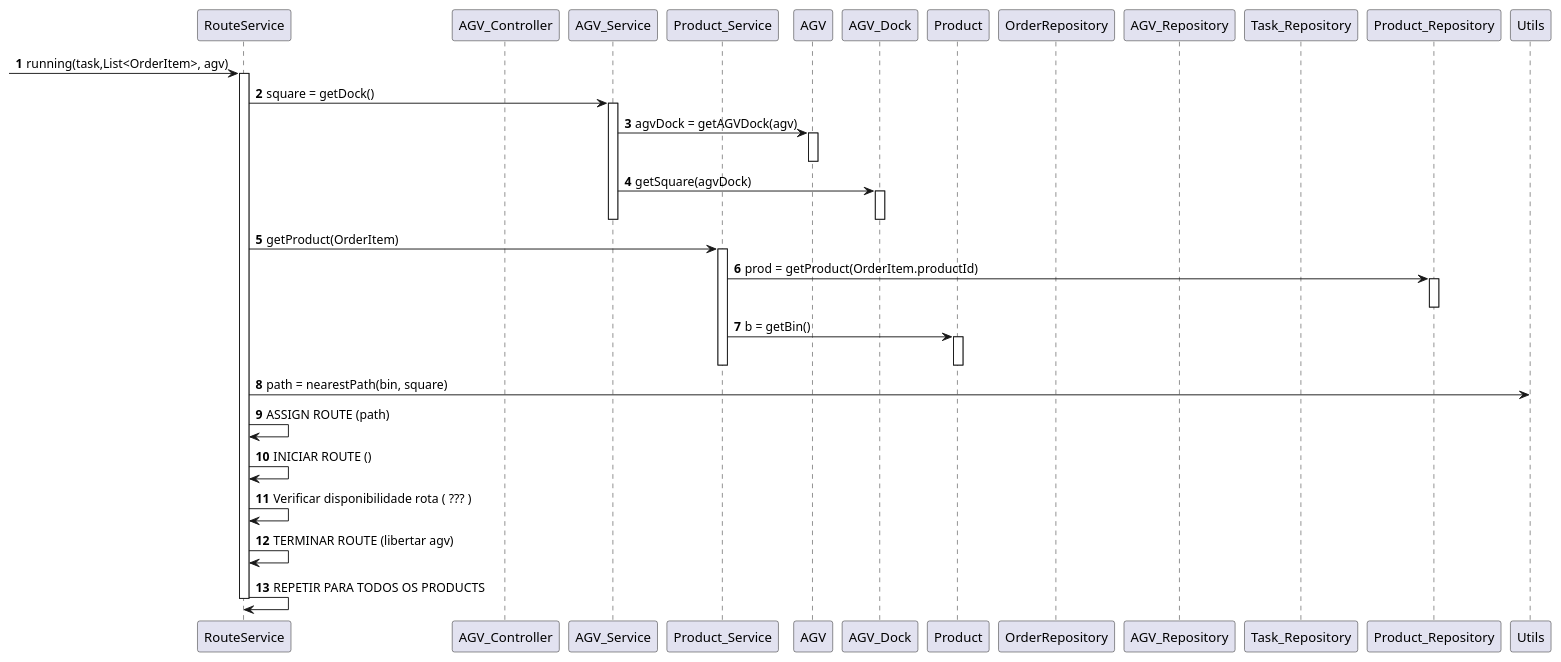
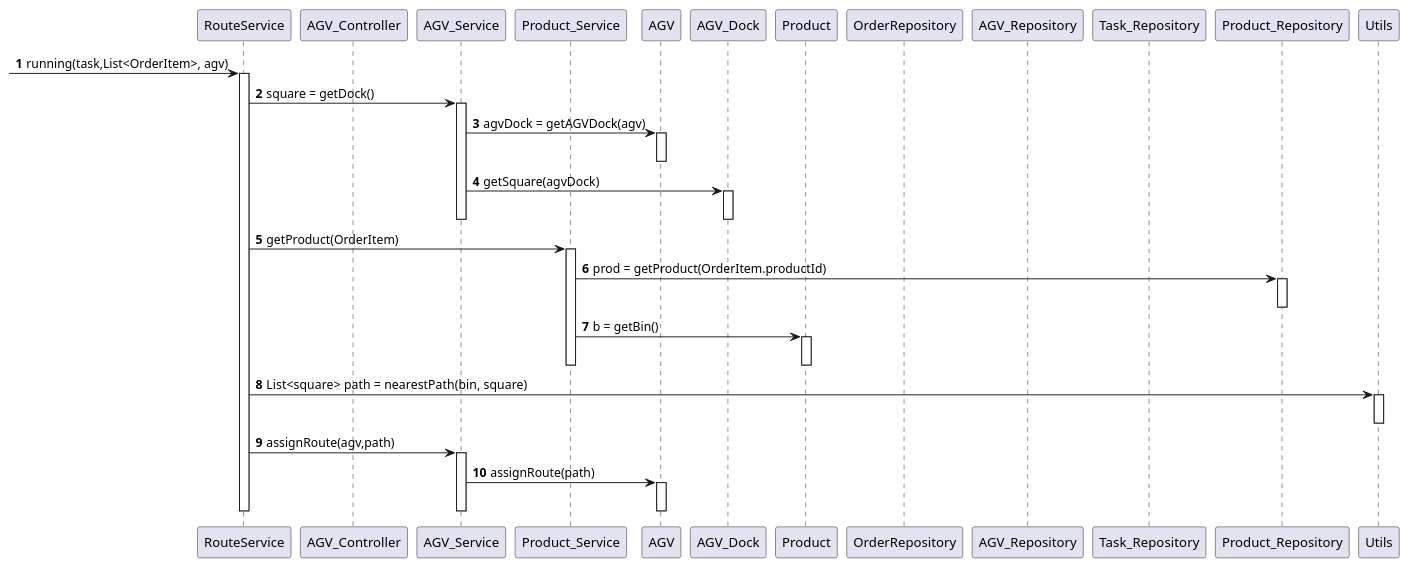
One commit to Norton1337/LAPR4_2122 changed the diagram in docs/US5100/US5100_SD_RouteService.puml. Above: the diagram before and after it, drawn with PlantUML.

Commit message:
US5100 finished.

```diff
--- a/docs/US5100/US5100_SD_RouteService.puml
+++ b/docs/US5100/US5100_SD_RouteService.puml
@@ -1,69 +1,70 @@
 @startuml
 'https://plantuml.com/sequence-diagram
 autonumber
 
 
 participant "RouteService" as CTR
 participant "AGV_Controller" as ACTR
 participant "AGV_Service" as AGV_Service
 participant "Product_Service" as PS
 
 
 participant "AGV" as AGV
 participant "AGV_Dock" as AgvDocks
 participant "Product" as prod
 
 participant "OrderRepository" as OR
 participant "AGV_Repository" as AGVR
 participant "Task_Repository" as TR
 participant "Product_Repository" as PR
 
 participant "Utils" as Utils
 
  -> CTR : running(task,List<OrderItem>, agv)
 
 
 activate CTR
 
 
 CTR -> AGV_Service : square = getDock()
 activate AGV_Service
 
 AGV_Service -> AGV : agvDock = getAGVDock(agv)
 activate AGV
 deactivate AGV
 
 AGV_Service -> AgvDocks : getSquare(agvDock)
 activate AgvDocks
 deactivate AgvDocks
 
 deactivate AGV_Service
 
 CTR -> PS : getProduct(OrderItem)
 activate PS
 
 PS -> PR : prod = getProduct(OrderItem.productId)
 activate PR
 deactivate PR
 
 PS -> prod : b = getBin()
 activate prod
 deactivate prod
 
 deactivate PS
 
-CTR -> Utils : path = nearestPath(bin, square)
+CTR -> Utils : List<square>  path = nearestPath(bin, square)
+activate Utils
+deactivate Utils
 
-CTR -> CTR : ASSIGN ROUTE (path)
-CTR -> CTR : INICIAR ROUTE ()
-CTR -> CTR : Verificar disponibilidade rota ( ??? )
-CTR -> CTR : TERMINAR ROUTE (libertar agv)
+CTR -> AGV_Service : assignRoute(agv,path)
+activate AGV_Service
+AGV_Service -> AGV : assignRoute(path)
+activate AGV
+deactivate AGV
 
-
-CTR -> CTR : REPETIR PARA TODOS OS PRODUCTS
-
+deactivate AGV_Service
 deactivate CTR
 
 
 
 @enduml
```
